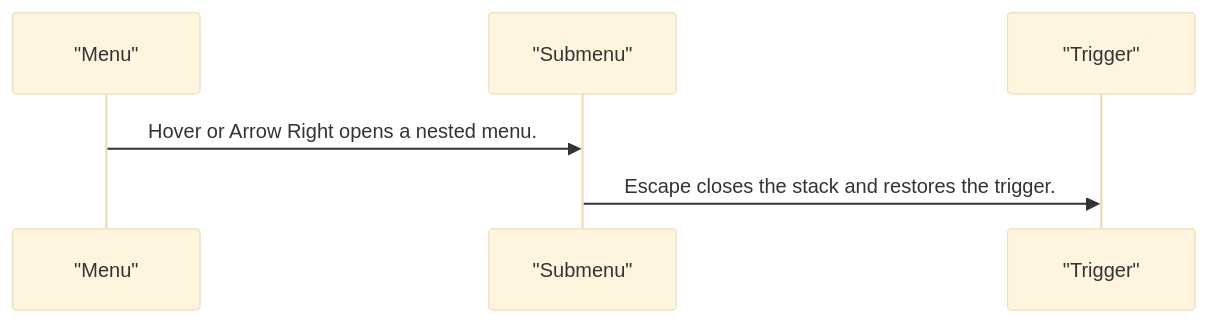
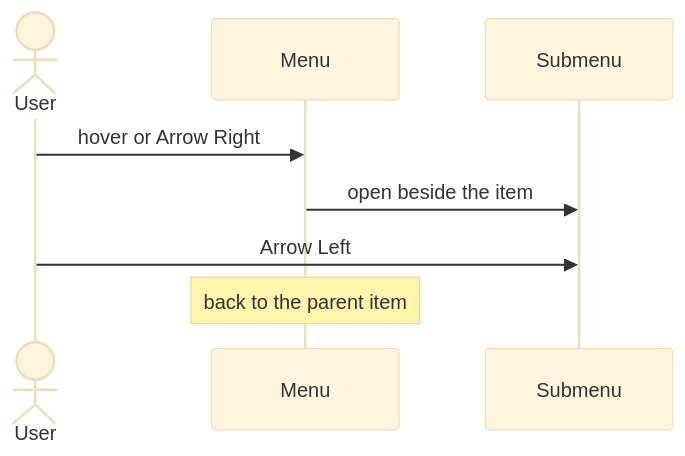
The fourth of 4 diagrams in projects/pixel-ui/src/lib/pixel-menu/DESIGN.md (RajshekharBorate/pixel-ui), drawn with Mermaid (base theme) before and after one commit. The commit also changed other lines of this file and 73 other files, not shown here.

Commit message:
Explain who owns each value and what each flow does in every component and service design.

````diff
--- a/projects/pixel-ui/src/lib/pixel-menu/DESIGN.md
+++ b/projects/pixel-ui/src/lib/pixel-menu/DESIGN.md
@@ -77,8 +95,10 @@
 ```mermaid
 sequenceDiagram
-  participant menu as "Menu"
-  participant sub as "Submenu"
-  participant trigger as "Trigger"
-  menu->>sub: Hover or Arrow Right opens a nested menu.
-  sub->>trigger: Escape closes the stack and restores the trigger.
+  actor User
+  participant Menu
+  participant Sub as Submenu
+  User->>Menu: hover or Arrow Right
+  Menu->>Sub: open beside the item
+  User->>Sub: Arrow Left
+  Note over Menu: back to the parent item
 ```
````
